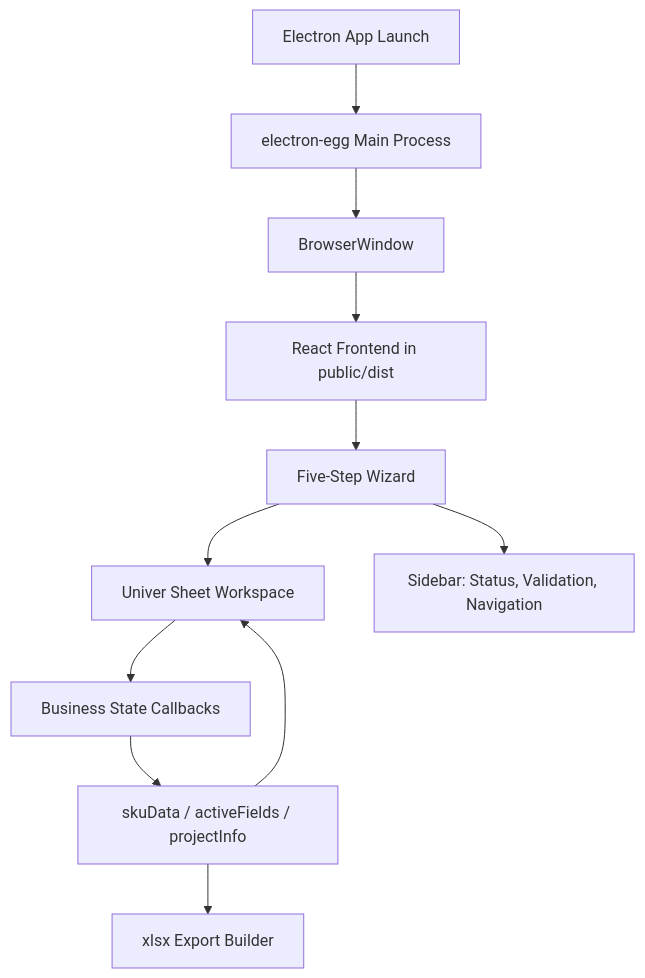
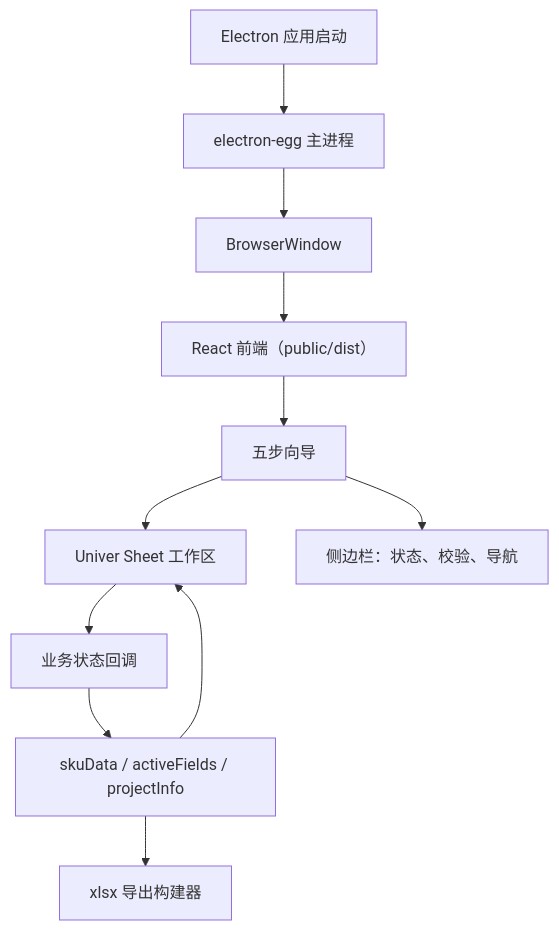
One commit to tengjiaozhai/trial-production changed the first of 2 diagrams in docs/superpowers/specs/2026-06-09-electron-univer-product-design-handoff.md. Above: the diagram before and after it, drawn with Mermaid. The commit also changed other lines of this file and 86 other files, not shown here.

First line of the commit message:
feat: Electron + Univer 桌面端迁移

````diff
--- a/docs/superpowers/specs/2026-06-09-electron-univer-product-design-handoff.md
+++ b/docs/superpowers/specs/2026-06-09-electron-univer-product-design-handoff.md
@@ -26,13 +26,13 @@
 ```mermaid
 flowchart TD
-  A["Electron App Launch"] --> B["electron-egg Main Process"]
+  A["Electron 应用启动"] --> B["electron-egg 主进程"]
   B --> C["BrowserWindow"]
-  C --> D["React Frontend in public/dist"]
-  D --> E["Five-Step Wizard"]
-  E --> F["Univer Sheet Workspace"]
-  E --> G["Sidebar: Status, Validation, Navigation"]
-  F --> H["Business State Callbacks"]
+  C --> D["React 前端（public/dist）"]
+  D --> E["五步向导"]
+  E --> F["Univer Sheet 工作区"]
+  E --> G["侧边栏：状态、校验、导航"]
+  F --> H["业务状态回调"]
   H --> I["skuData / activeFields / projectInfo"]
   I --> F
-  I --> J["xlsx Export Builder"]
+  I --> J["xlsx 导出构建器"]
 ```
````
